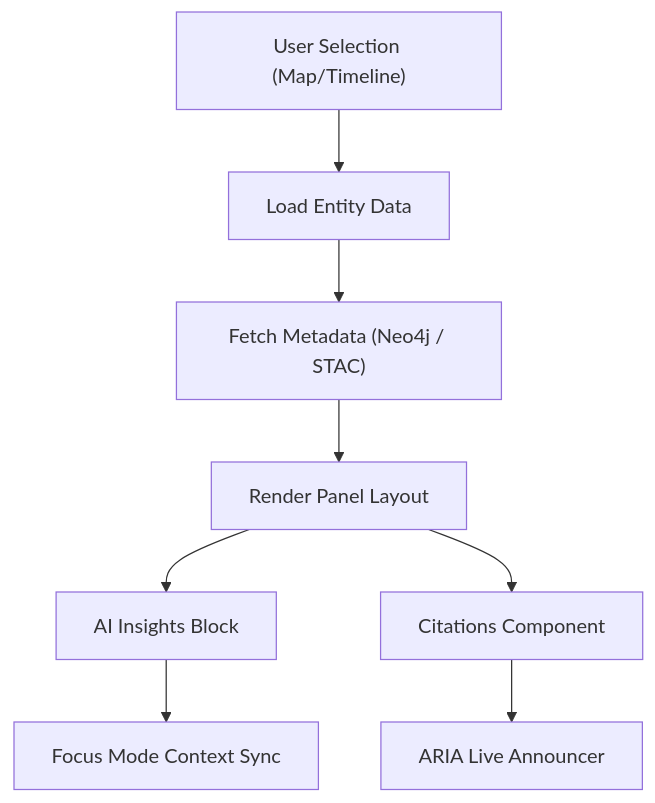
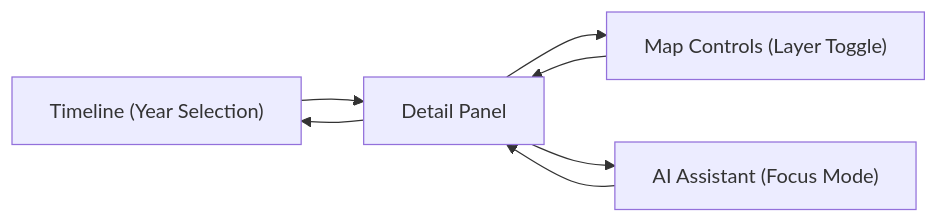
One commit to bartytime4life/Kansas-Frontier-Matrix changed the first of 2 diagrams in docs/design/reviews/ui_components/detail_panel.md. Above: the diagram before and after it, drawn with Mermaid. The commit also changed other lines of this file, not shown here.

First line of the commit message:
Revise Detail Panel Component design review to v5.0.0

````diff
--- a/docs/design/reviews/ui_components/detail_panel.md
+++ b/docs/design/reviews/ui_components/detail_panel.md
@@ -121,10 +121,9 @@
 ```mermaid
-flowchart TD
-  S["User Selection (Map/Timeline)"] --> L["Load Entity Data"]
-  L --> M["Fetch Metadata (Neo4j / STAC)"]
-  M --> P["Render Panel Layout"]
-  P --> A["AI Insights Block"]
-  P --> C["Citations Component"]
-  A --> G["Focus Mode Context Sync"]
-  C --> AR["ARIA Live Announcer"]
+flowchart LR
+  TL["Timeline (Year Selection)"] --> DP["Detail Panel"]
+  MC["Map Controls (Layer Toggle)"] --> DP
+  AI["AI Assistant (Focus Mode)"] --> DP
+  DP --> MC
+  DP --> AI
+  DP --> TL
 ```
````
